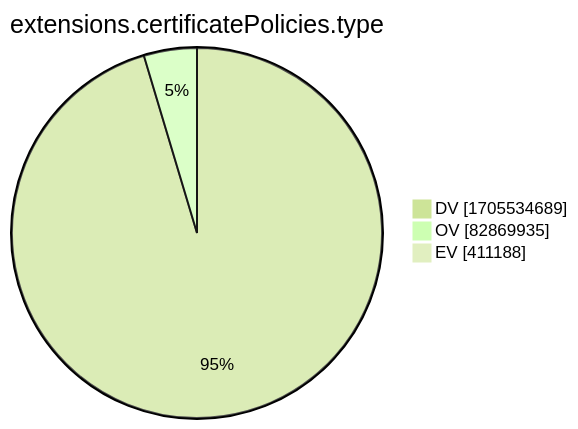
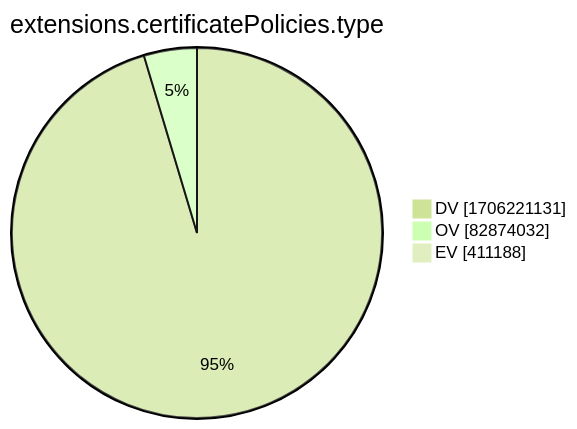
One commit to christiankrug/ctmonitor_visualization changed the tenth of 15 diagrams in xenon2022/README.md. Above: the diagram before and after it, drawn with Mermaid (forest theme). The commit also changed other lines of this file, not shown here.

````diff
--- a/xenon2022/README.md
+++ b/xenon2022/README.md
@@ -2881,7 +2881,7 @@
 ```mermaid
 pie showData
 title extensions.certificatePolicies.type
-"DV" :1705534689
-"OV" :82869935
+"DV" :1706221131
+"OV" :82874032
 "EV" :411188
 ```
````
